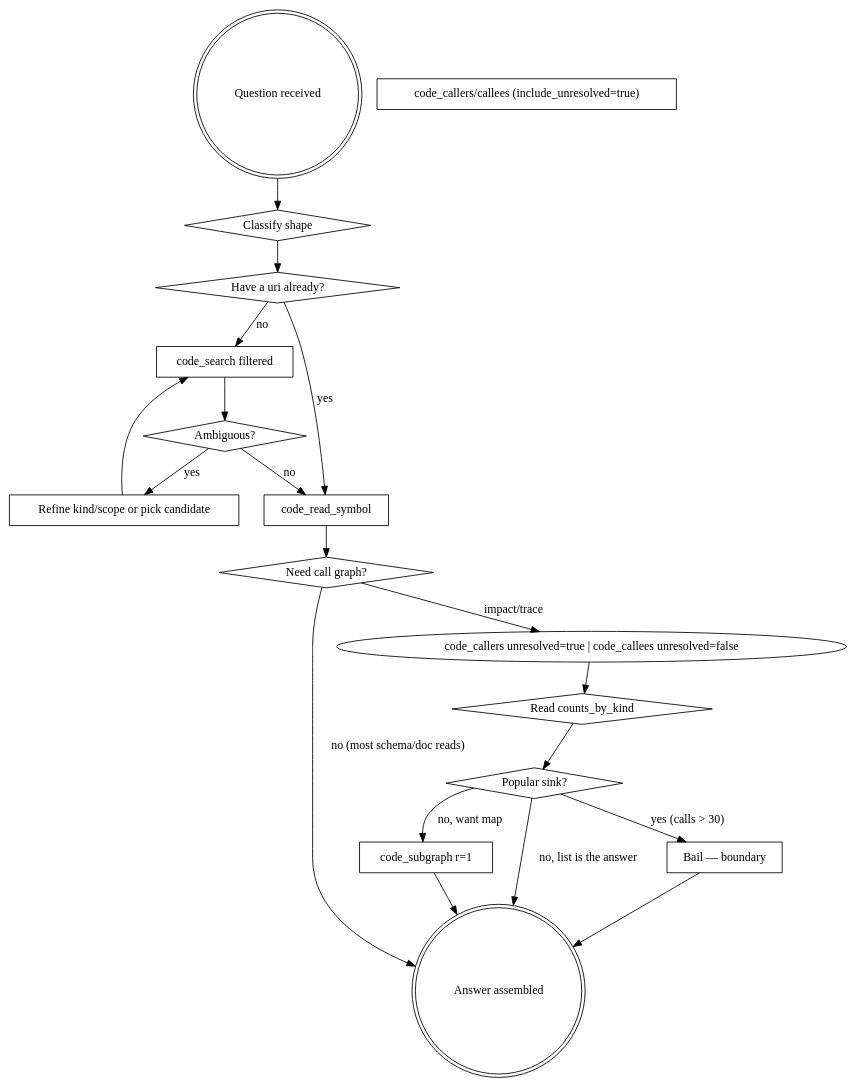
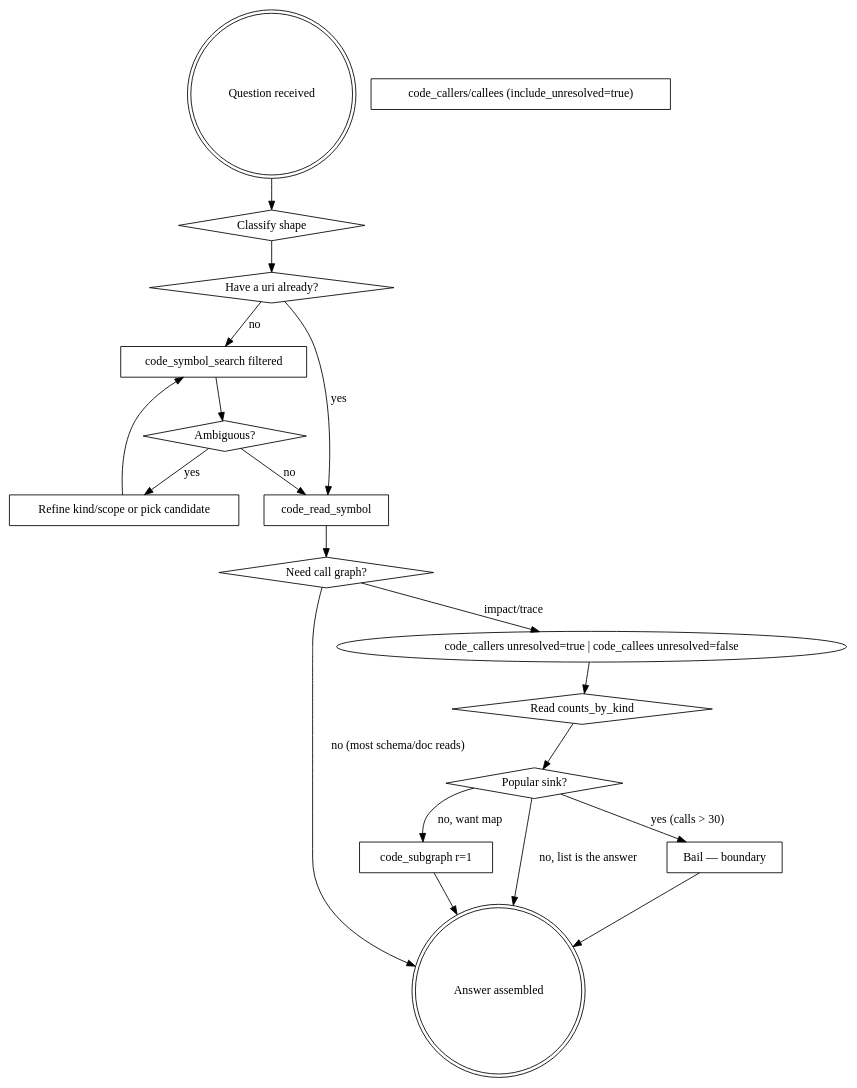
The diagram in crates/spur-core/src/skills/code-explore/SKILL.md (getspur/spur), drawn with Graphviz before and after one commit. The commit also changed other lines of this file and 5 other files, not shown here.

First line of the commit message:
refactor(spur-mcp): rename code_search to code_symbol_search

````diff
--- a/crates/spur-core/src/skills/code-explore/SKILL.md
+++ b/crates/spur-core/src/skills/code-explore/SKILL.md
@@ -109,37 +113,37 @@
 ```dot
 digraph code_explore {
     "Question received" [shape=doublecircle];
     "Classify shape" [shape=diamond];
     "Have a uri already?" [shape=diamond];
-    "code_search filtered" [shape=box];
+    "code_symbol_search filtered" [shape=box];
     "Ambiguous?" [shape=diamond];
     "Refine kind/scope or pick candidate" [shape=box];
     "code_read_symbol" [shape=box];
     "Need call graph?" [shape=diamond];
     "code_callers/callees (include_unresolved=true)" [shape=box];
     "Read counts_by_kind" [shape=diamond];
     "Popular sink?" [shape=diamond];
     "Bail — boundary" [shape=box];
     "code_subgraph r=1" [shape=box];
     "Answer assembled" [shape=doublecircle];
 
     "Question received" -> "Classify shape";
     "Classify shape" -> "Have a uri already?";
     "Have a uri already?" -> "code_read_symbol" [label="yes"];
-    "Have a uri already?" -> "code_search filtered" [label="no"];
-    "code_search filtered" -> "Ambiguous?";
+    "Have a uri already?" -> "code_symbol_search filtered" [label="no"];
+    "code_symbol_search filtered" -> "Ambiguous?";
     "Ambiguous?" -> "Refine kind/scope or pick candidate" [label="yes"];
-    "Refine kind/scope or pick candidate" -> "code_search filtered";
+    "Refine kind/scope or pick candidate" -> "code_symbol_search filtered";
     "Ambiguous?" -> "code_read_symbol" [label="no"];
     "code_read_symbol" -> "Need call graph?";
     "Need call graph?" -> "Answer assembled" [label="no (most schema/doc reads)"];
     "Need call graph?" -> "code_callers unresolved=true | code_callees unresolved=false" [label="impact/trace"];
     "code_callers unresolved=true | code_callees unresolved=false" -> "Read counts_by_kind";
     "Read counts_by_kind" -> "Popular sink?";
     "Popular sink?" -> "Bail — boundary" [label="yes (calls > 30)"];
     "Popular sink?" -> "code_subgraph r=1" [label="no, want map"];
     "Popular sink?" -> "Answer assembled" [label="no, list is the answer"];
     "code_subgraph r=1" -> "Answer assembled";
     "Bail — boundary" -> "Answer assembled";
 }
 ```
````
